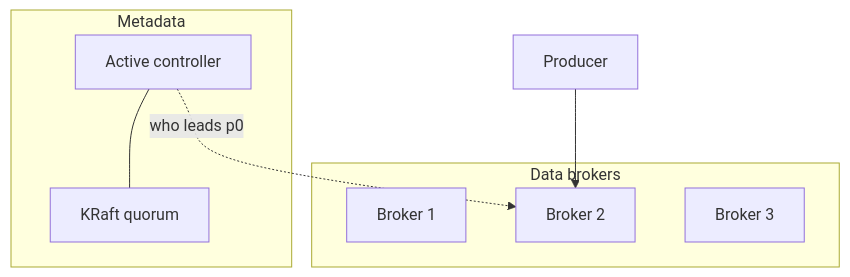
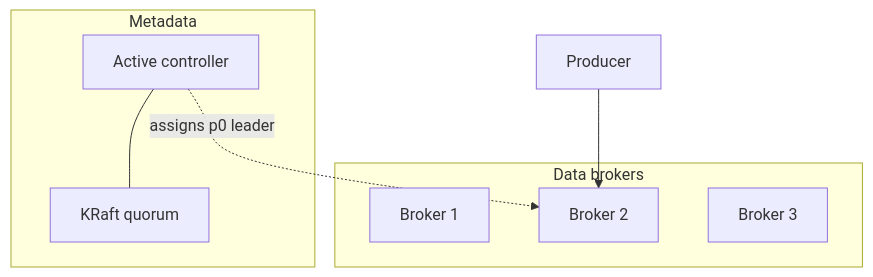
The second of 2 diagrams in HLD/Topics/07 - Async Messaging/Kafka/01 - Core Architecture and Cluster Consensus.md (zekkrron/cs-knowledge-base), drawn with Mermaid before and after one commit. The commit also changed other lines of this file and 47 other files, not shown here.

````diff
--- a/HLD/Topics/07 - Async Messaging/Kafka/01 - Core Architecture and Cluster Consensus.md
+++ b/HLD/Topics/07 - Async Messaging/Kafka/01 - Core Architecture and Cluster Consensus.md
@@ -174,15 +275,15 @@
 ```mermaid
 flowchart TB
     subgraph meta [Metadata]
         C[Active controller]
         Q[KRaft quorum]
         C --- Q
     end
     subgraph data [Data brokers]
         B1[Broker 1]
         B2[Broker 2]
         B3[Broker 3]
     end
-    C -.->|who leads p0| B2
+    C -.->|assigns p0 leader| B2
     P[Producer] --> B2
 ```
````
